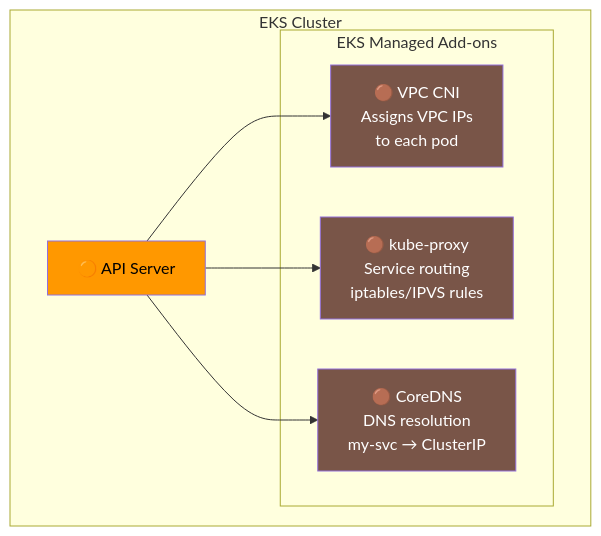
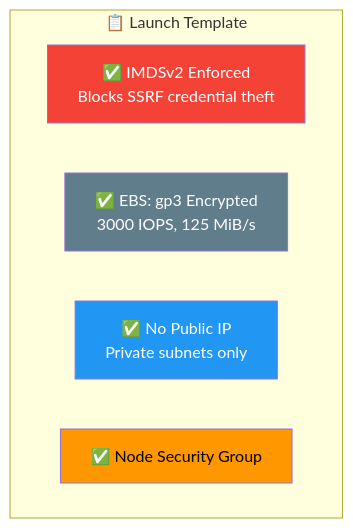
Diagram 15 of 20 in docs/architecture-build-steps.md (selvakumarperumal/EKS_k8s_custom_template_with_Terraform), drawn with Mermaid before and after one commit. The commit also changed other lines of this file, not shown here.

Commit message:
docs: rewrite build steps with 30 elaborated steps including HCL code and architecture diagrams

````diff
--- a/docs/architecture-build-steps.md
+++ b/docs/architecture-build-steps.md
@@ -317,21 +862,14 @@
 ```mermaid
 graph TB
-    subgraph EKS_Cluster["EKS Cluster"]
-        API["🟠 API Server"]
-
-        subgraph Addons["EKS Managed Add-ons"]
-            CNI["🟤 VPC CNI\nAssigns VPC IPs\nto each pod"]
-            KPROXY["🟤 kube-proxy\nService routing\niptables/IPVS rules"]
-            COREDNS["🟤 CoreDNS\nDNS resolution\nmy-svc → ClusterIP"]
-        end
+    subgraph LT["📋 Launch Template"]
+        IMDSv2["✅ IMDSv2 Enforced\nBlocks SSRF credential theft"]
+        EBS["✅ EBS: gp3 Encrypted\n3000 IOPS, 125 MiB/s"]
+        NOIP["✅ No Public IP\nPrivate subnets only"]
+        NSG_REF["✅ Node Security Group"]
     end
 
-    API --> CNI
-    API --> KPROXY
-    API --> COREDNS
-
-    style API fill:#FF9800,color:#000
-    style CNI fill:#795548,color:#fff
-    style KPROXY fill:#795548,color:#fff
-    style COREDNS fill:#795548,color:#fff
+    style IMDSv2 fill:#F44336,color:#fff
+    style EBS fill:#607D8B,color:#fff
+    style NOIP fill:#2196F3,color:#fff
+    style NSG_REF fill:#FF9800,color:#000
 ```
````
